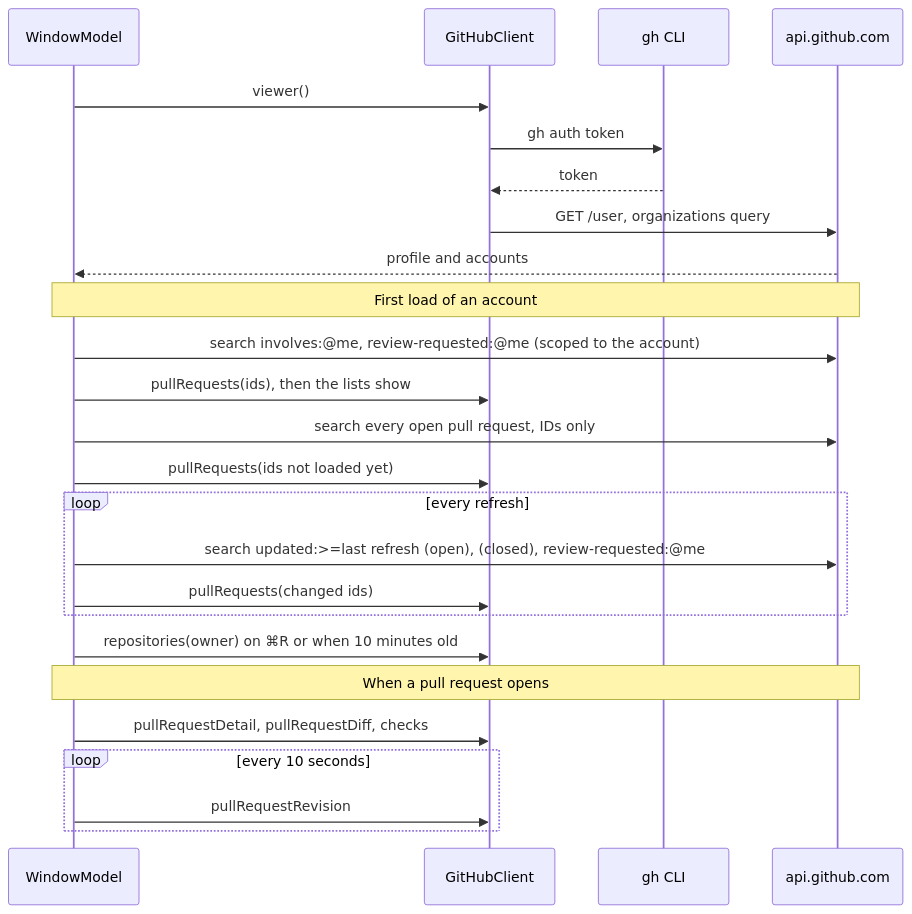
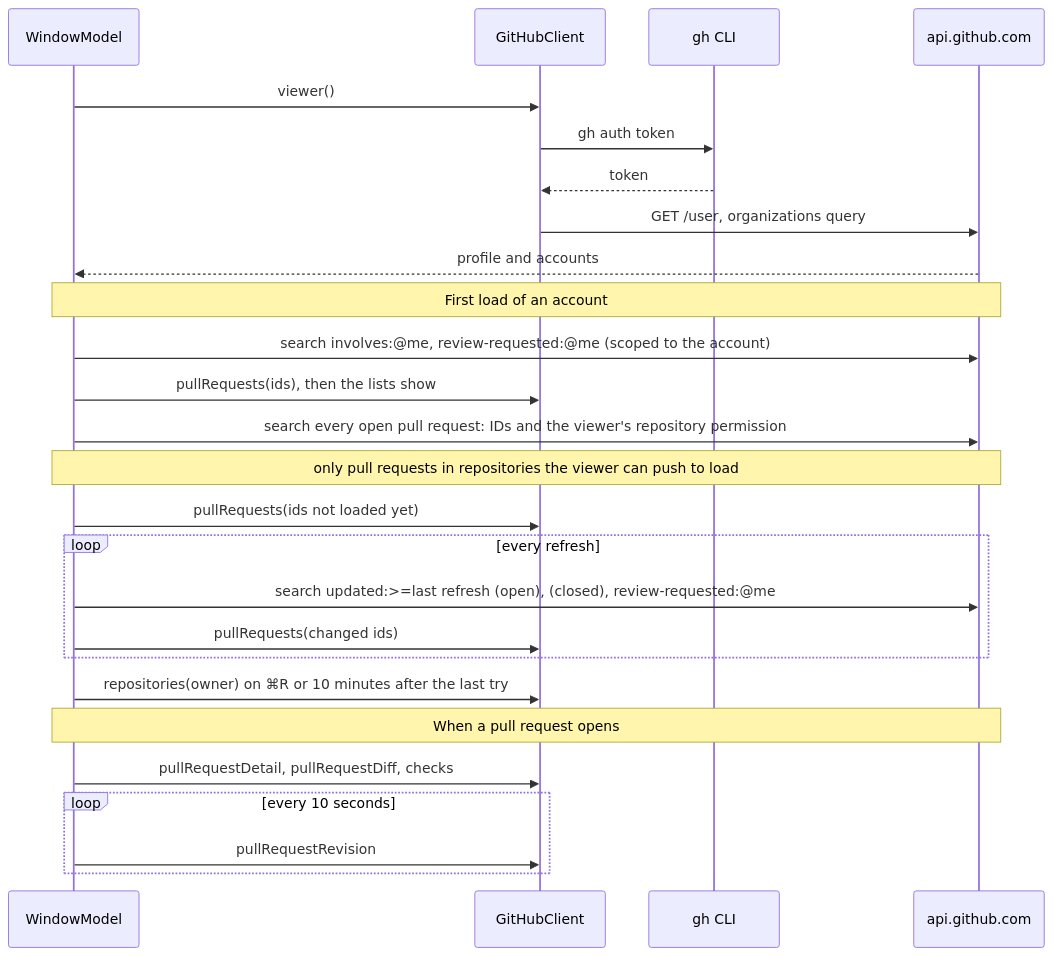
Before and after one commit to bojanrajkovic/hermes: the diagram in plans/github.md, drawn with Mermaid. The commit also changed other lines of this file and 8 other files, not shown here.

First line of the commit message:
Load only repositories the viewer can push to, and back off as GitHub asks

````diff
--- a/plans/github.md
+++ b/plans/github.md
@@ -41,31 +41,32 @@
 ```mermaid
 sequenceDiagram
     participant App as WindowModel
     participant C as GitHubClient
     participant gh as gh CLI
     participant API as api.github.com
 
     App->>C: viewer()
     C->>gh: gh auth token
     gh-->>C: token
     C->>API: GET /user, organizations query
     API-->>App: profile and accounts
 
     Note over App,API: First load of an account
     App->>API: search involves:@me, review-requested:@me (scoped to the account)
     App->>C: pullRequests(ids), then the lists show
-    App->>API: search every open pull request, IDs only
+    App->>API: search every open pull request: IDs and the viewer's repository permission
+    Note over App,API: only pull requests in repositories the viewer can push to load
     App->>C: pullRequests(ids not loaded yet)
 
     loop every refresh
         App->>API: search updated:>=last refresh (open), (closed), review-requested:@me
         App->>C: pullRequests(changed ids)
     end
-    App->>C: repositories(owner) on ⌘R or when 10 minutes old
+    App->>C: repositories(owner) on ⌘R or 10 minutes after the last try
 
     Note over App,API: When a pull request opens
     App->>C: pullRequestDetail, pullRequestDiff, checks
     loop every 10 seconds
         App->>C: pullRequestRevision
     end
 ```
````
